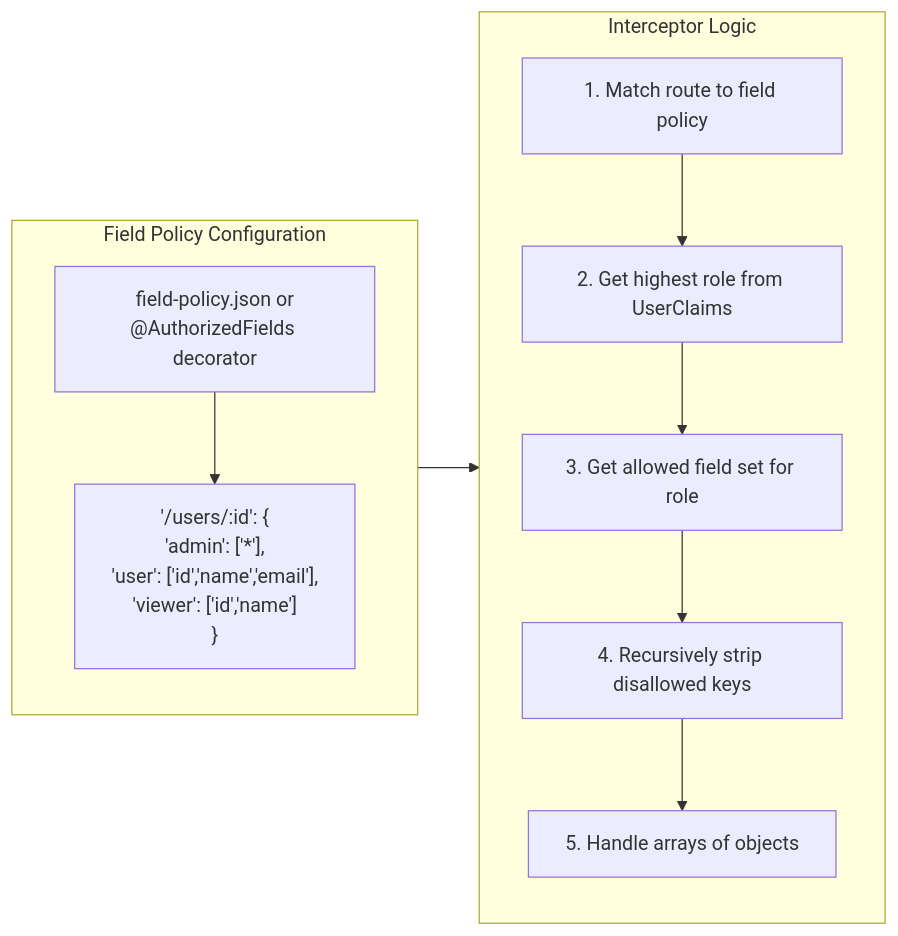
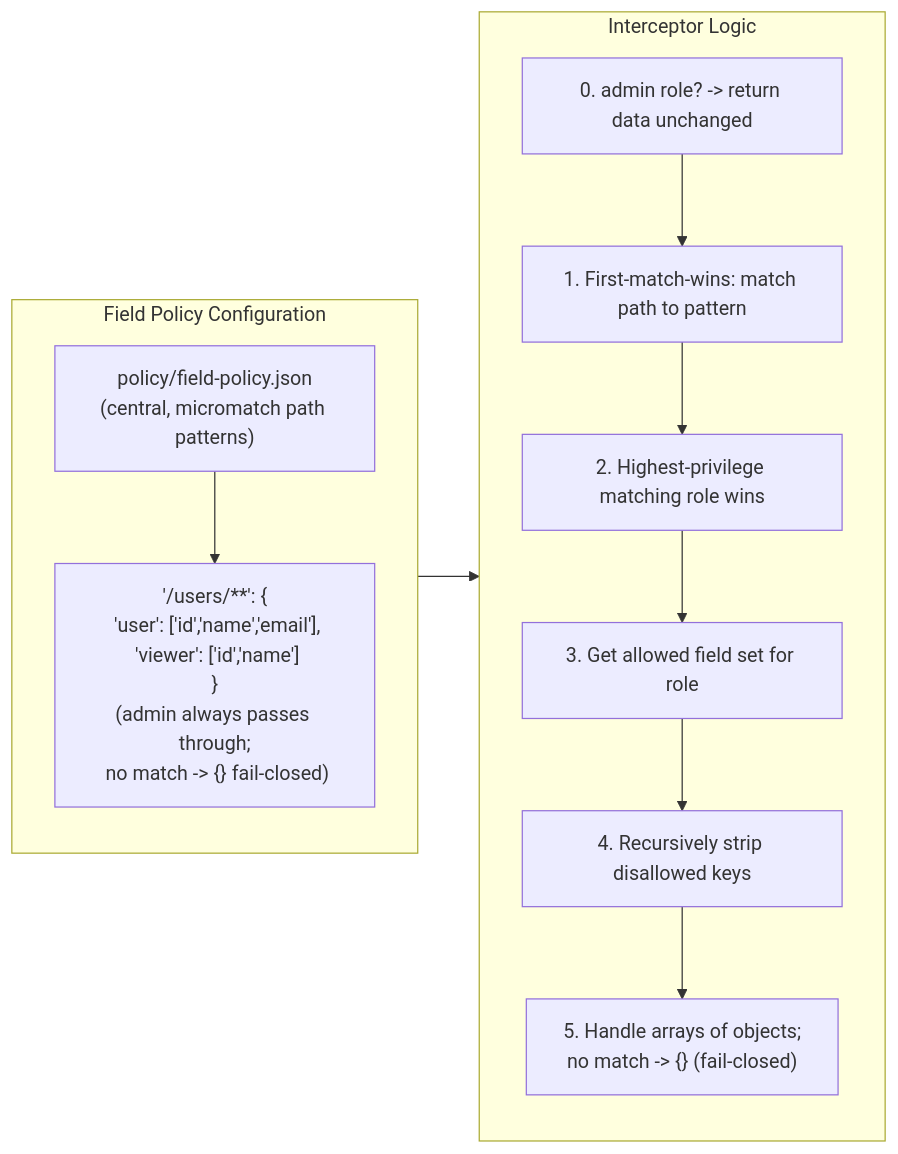
The seventh of 12 diagrams in docs/HARDENING_ARCHITECTURE.md (spasoye-json/zt-access-gateway), drawn with Mermaid before and after one commit. The commit also changed other lines of this file and 4 other files, not shown here.

First line of the commit message:
docs: thesis pipeline walkthrough + sync architecture docs to current implementation (#49)

````diff
--- a/docs/HARDENING_ARCHITECTURE.md
+++ b/docs/HARDENING_ARCHITECTURE.md
@@ -331,21 +331,22 @@
 ```mermaid
 flowchart LR
   subgraph fieldPolicyConfig [Field Policy Configuration]
     direction TB
-    Config["field-policy.json or<br/>@AuthorizedFields decorator"]
-    Example["'/users/:id': {\n 'admin': ['*'],\n 'user': ['id','name','email'],\n 'viewer': ['id','name']\n}"]
+    Config["policy/field-policy.json\n(central, micromatch path patterns)"]
+    Example["'/users/**': {\n 'user': ['id','name','email'],\n 'viewer': ['id','name']\n}\n(admin always passes through;\n no match -> {} fail-closed)"]
     Config --> Example
   end
 
   subgraph interceptorLogic [Interceptor Logic]
     direction TB
-    I1["1. Match route to field policy"]
-    I2["2. Get highest role from UserClaims"]
+    I0["0. admin role? -> return data unchanged"]
+    I1["1. First-match-wins: match path to pattern"]
+    I2["2. Highest-privilege matching role wins"]
     I3["3. Get allowed field set for role"]
     I4["4. Recursively strip disallowed keys"]
-    I5["5. Handle arrays of objects"]
-    I1 --> I2 --> I3 --> I4 --> I5
+    I5["5. Handle arrays of objects;\n no match -> {} (fail-closed)"]
+    I0 --> I1 --> I2 --> I3 --> I4 --> I5
   end
 
   fieldPolicyConfig --> interceptorLogic
 ```
````
